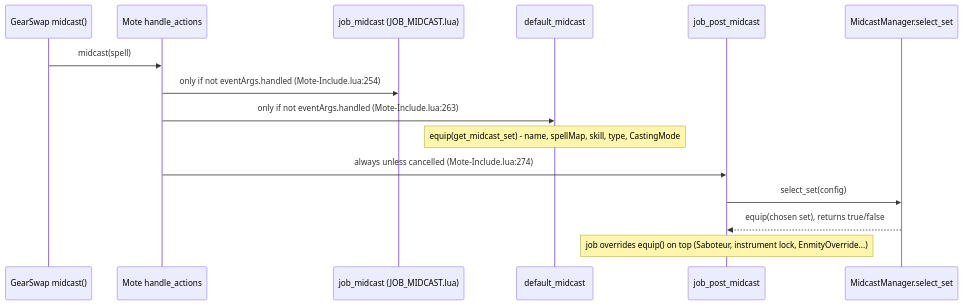
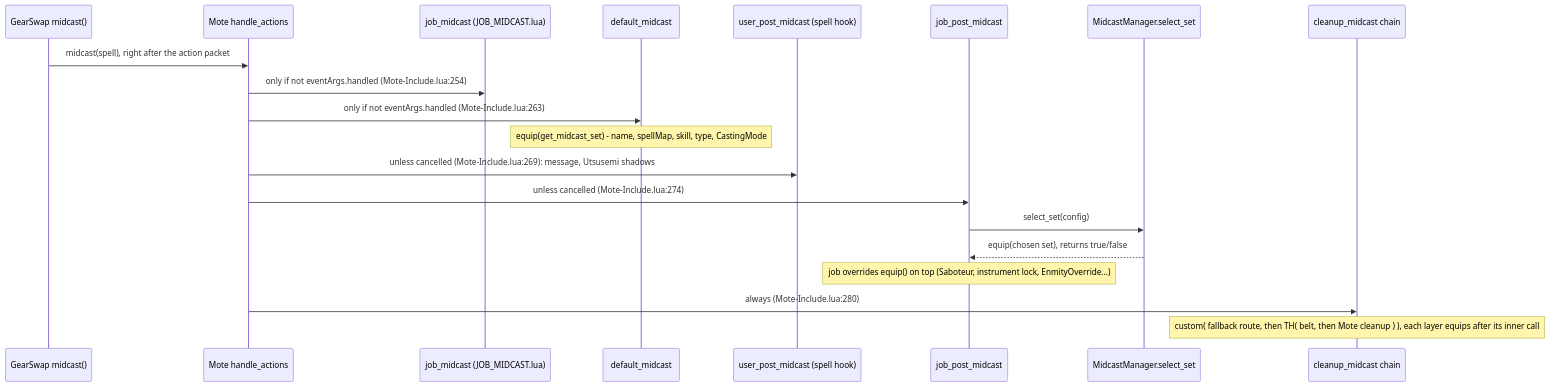
The first of 2 diagrams in docs/dev/systems/midcast-and-buffs.md (ejouanchicot/Gearswap), drawn with Mermaid before and after one commit. The commit also changed other lines of this file and 14 other files, not shown here.

First line of the commit message:
docs(dev): re-verify systems and architecture pages against the code

````diff
--- a/docs/dev/systems/midcast-and-buffs.md
+++ b/docs/dev/systems/midcast-and-buffs.md
@@ -27,17 +33,22 @@
 ```mermaid
 sequenceDiagram
     participant GS as GearSwap midcast()
     participant Mote as Mote handle_actions
     participant Job as job_midcast (JOB_MIDCAST.lua)
     participant Def as default_midcast
+    participant UP as user_post_midcast (spell hook)
     participant Post as job_post_midcast
     participant MM as MidcastManager.select_set
-    GS->>Mote: midcast(spell)
+    participant CL as cleanup_midcast chain
+    GS->>Mote: midcast(spell), right after the action packet
     Mote->>Job: only if not eventArgs.handled (Mote-Include.lua:254)
     Mote->>Def: only if not eventArgs.handled (Mote-Include.lua:263)
     Note over Def: equip(get_midcast_set) - name, spellMap, skill, type, CastingMode
-    Mote->>Post: always unless cancelled (Mote-Include.lua:274)
+    Mote->>UP: unless cancelled (Mote-Include.lua:269): message, Utsusemi shadows
+    Mote->>Post: unless cancelled (Mote-Include.lua:274)
     Post->>MM: select_set(config)
     MM-->>Post: equip(chosen set), returns true/false
     Note over Post: job overrides equip() on top (Saboteur, instrument lock, EnmityOverride...)
+    Mote->>CL: always (Mote-Include.lua:280)
+    Note over CL: custom( fallback route, then TH( belt, then Mote cleanup ) ), each layer equips after its inner call
 ```
````
